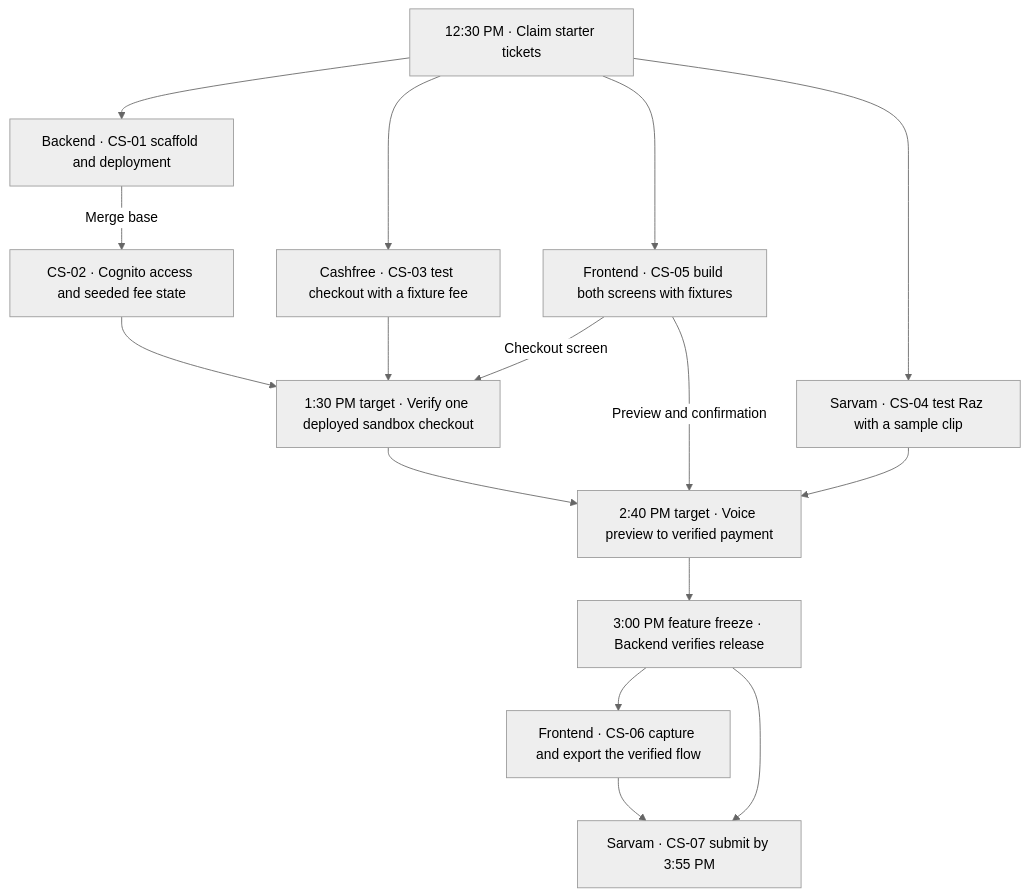
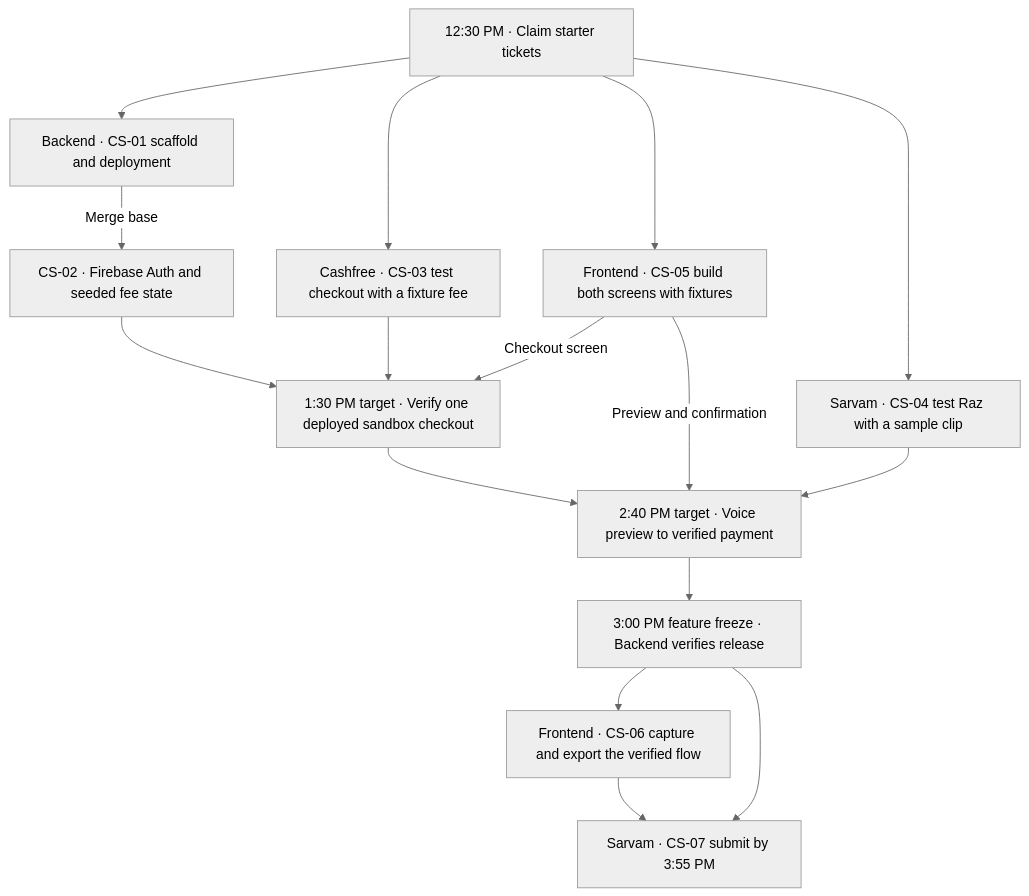
Before and after one commit to Srikanth-2004/Cleansheet: the third of 3 diagrams in docs/ARCHITECTURE.md, drawn with Mermaid (neutral theme). The commit also changed other lines of this file and 51 other files, not shown here.

````diff
--- a/docs/ARCHITECTURE.md
+++ b/docs/ARCHITECTURE.md
@@ -65,22 +67,22 @@
 ```mermaid
 flowchart TD
     Start["12:30 PM · Claim starter tickets"]
     Start --> Base["Backend · CS-01 scaffold and deployment"]
     Start --> Pay["Cashfree · CS-03 test checkout with a fixture fee"]
     Start --> UI["Frontend · CS-05 build both screens with fixtures"]
     Start --> Voice["Sarvam · CS-04 test Raz with a sample clip"]
 
-    Base -->|Merge base| Store["CS-02 · Cognito access and seeded fee state"]
+    Base -->|Merge base| Store["CS-02 · Firebase Auth and seeded fee state"]
     Store --> Smoke["1:30 PM target · Verify one deployed sandbox checkout"]
     Pay --> Smoke
     UI -->|Checkout screen| Smoke
 
     Smoke --> Demo["2:40 PM target · Voice preview to verified payment"]
     Voice --> Demo
     UI -->|Preview and confirmation| Demo
     Demo --> QA["3:00 PM feature freeze · Backend verifies release"]
 
     QA --> Capture["Frontend · CS-06 capture and export the verified flow"]
     QA --> Submit["Sarvam · CS-07 submit by 3:55 PM"]
     Capture --> Submit
 ```
````
